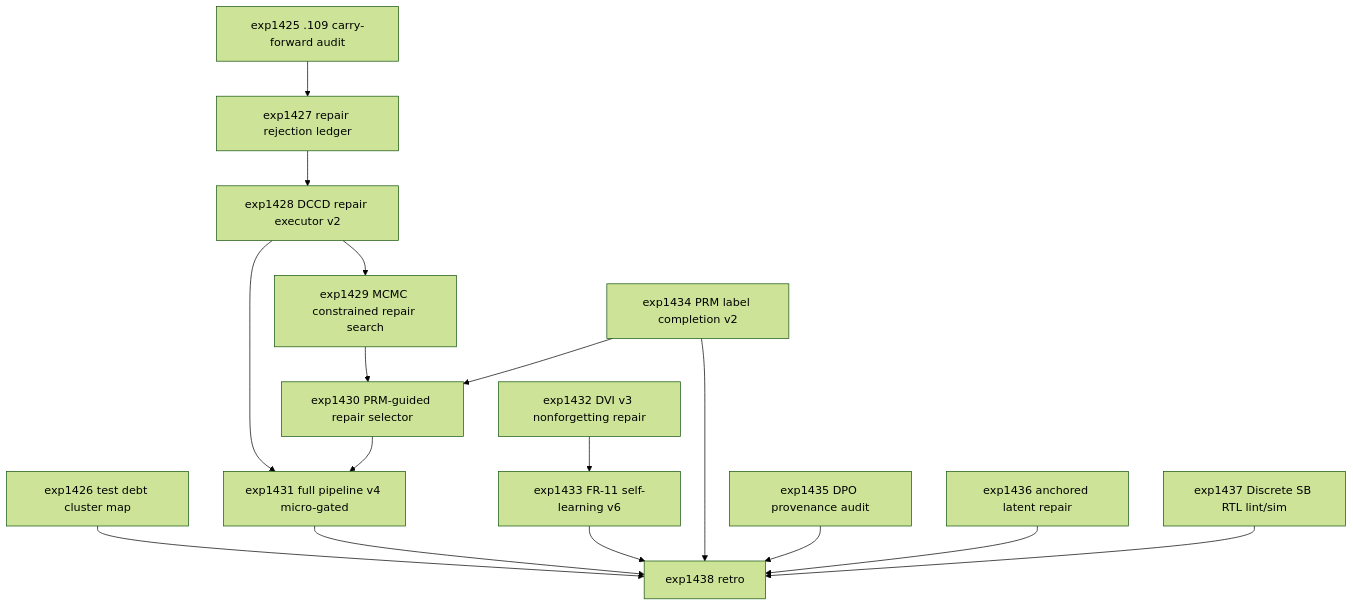
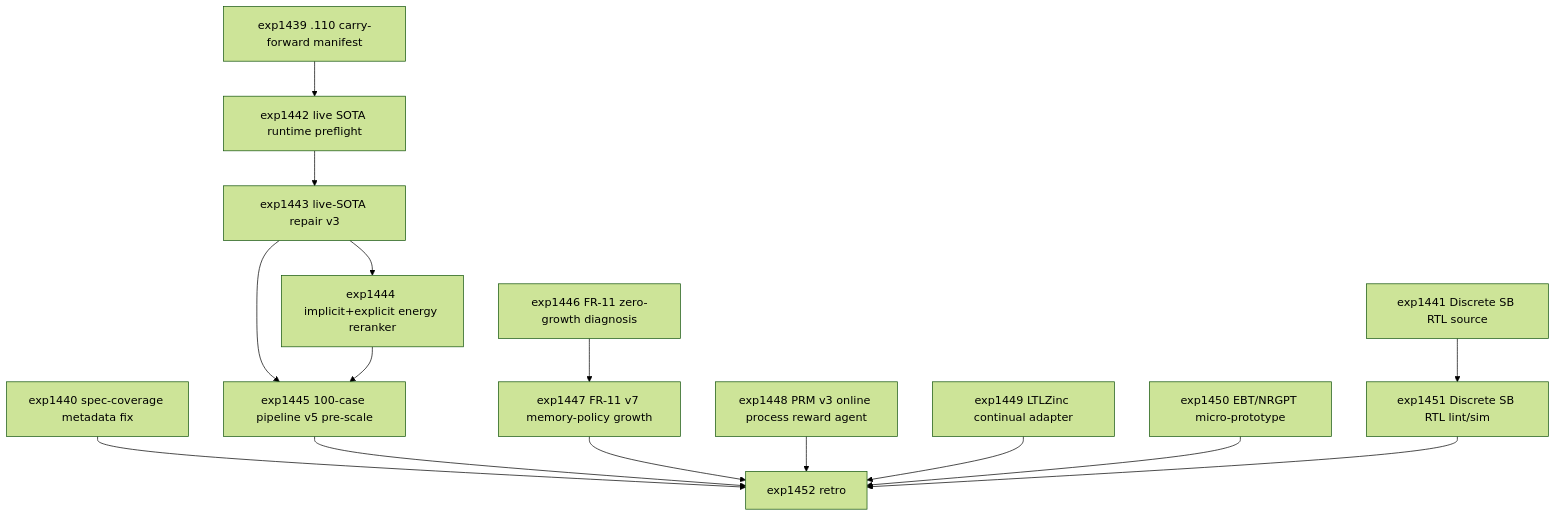
The diagram in openspec/change-proposals/research-roadmap-vNEXT.md (Carnot-EBM/carnot-ebm), drawn with Mermaid (forest theme) before and after one commit. The commit also changed other lines of this file and 4 other files, not shown here.

````diff
--- a/openspec/change-proposals/research-roadmap-vNEXT.md
+++ b/openspec/change-proposals/research-roadmap-vNEXT.md
@@ -134,33 +141,32 @@
 ```mermaid
 graph TD
-  A[exp1425 .109 carry-forward audit]
-  B[exp1426 test debt cluster map]
-  C[exp1427 repair rejection ledger]
-  D[exp1428 DCCD repair executor v2]
-  E[exp1429 MCMC constrained repair search]
-  F[exp1430 PRM-guided repair selector]
-  G[exp1431 full pipeline v4 micro-gated]
-  H[exp1432 DVI v3 nonforgetting repair]
-  I[exp1433 FR-11 self-learning v6]
-  J[exp1434 PRM label completion v2]
-  K[exp1435 DPO provenance audit]
-  L[exp1436 anchored latent repair]
-  M[exp1437 Discrete SB RTL lint/sim]
-  N[exp1438 retro]
+  A[exp1439 .110 carry-forward manifest]
+  B[exp1440 spec-coverage metadata fix]
+  C[exp1441 Discrete SB RTL source]
+  D[exp1442 live SOTA runtime preflight]
+  E[exp1443 live-SOTA repair v3]
+  F[exp1444 implicit+explicit energy reranker]
+  G[exp1445 100-case pipeline v5 pre-scale]
+  H[exp1446 FR-11 zero-growth diagnosis]
+  I[exp1447 FR-11 v7 memory-policy growth]
+  J[exp1448 PRM v3 online process reward agent]
+  K[exp1449 LTLZinc continual adapter]
+  L[exp1450 EBT/NRGPT micro-prototype]
+  M[exp1451 Discrete SB RTL lint/sim]
+  N[exp1452 retro]
 
-  A --> C
-  C --> D
+  A --> D
   D --> E
   E --> F
-  D --> G
+  E --> G
   F --> G
   H --> I
-  J --> F
+  C --> M
   B --> N
   G --> N
   I --> N
   J --> N
   K --> N
   L --> N
   M --> N
 ```
````
